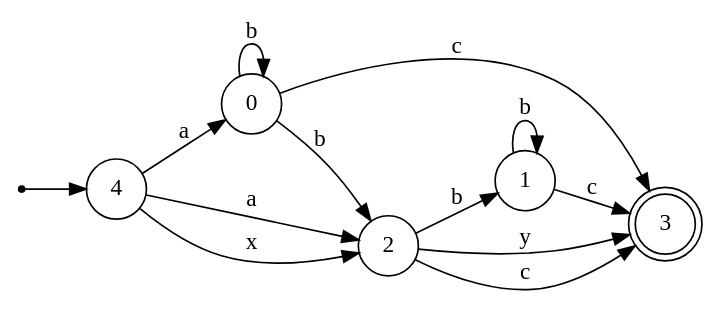
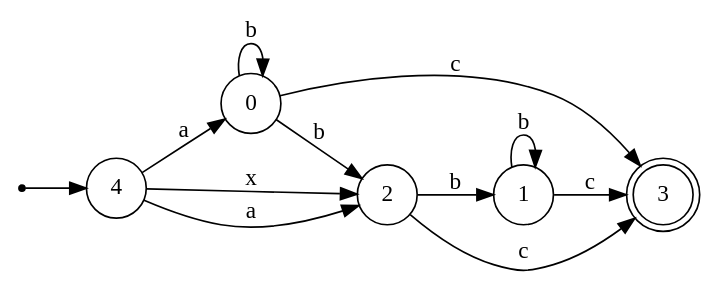
The diagram in minimized/left.gv (LeonardoDeFaveri/NFA-minimization), drawn with Graphviz before and after one commit. The commit also changed 11 other files, not shown here.

```diff
--- a/minimized/left.gv
+++ b/minimized/left.gv
@@ -1,22 +1,21 @@
 digraph {
 	rankdir = LR;
 	size = "30,20";
 	node [shape = point]; "dummy0"
 	node [shape = circle]; "4"
 	"dummy0" -> "4";
+	node [shape = circle]; "1";
 	node [shape = circle]; "0";
-	node [shape = circle]; "1";
 	node [shape = circle]; "2";
 	node [shape = doublecircle]; "3";
+	"0" -> "0" [label = "b"];
+	"0" -> "2" [label = "b"];
+	"0" -> "3" [label = "c"];
+	"4" -> "2" [label = "x"];
+	"4" -> "0" [label = "a"];
 	"4" -> "2" [label = "a"];
-	"4" -> "0" [label = "a"];
-	"4" -> "2" [label = "x"];
-	"2" -> "3" [label = "y"];
-	"2" -> "1" [label = "b"];
-	"2" -> "3" [label = "c"];
-	"0" -> "3" [label = "c"];
-	"0" -> "2" [label = "b"];
-	"0" -> "0" [label = "b"];
 	"1" -> "3" [label = "c"];
 	"1" -> "1" [label = "b"];
+	"2" -> "3" [label = "c"];
+	"2" -> "1" [label = "b"];
 }
```
